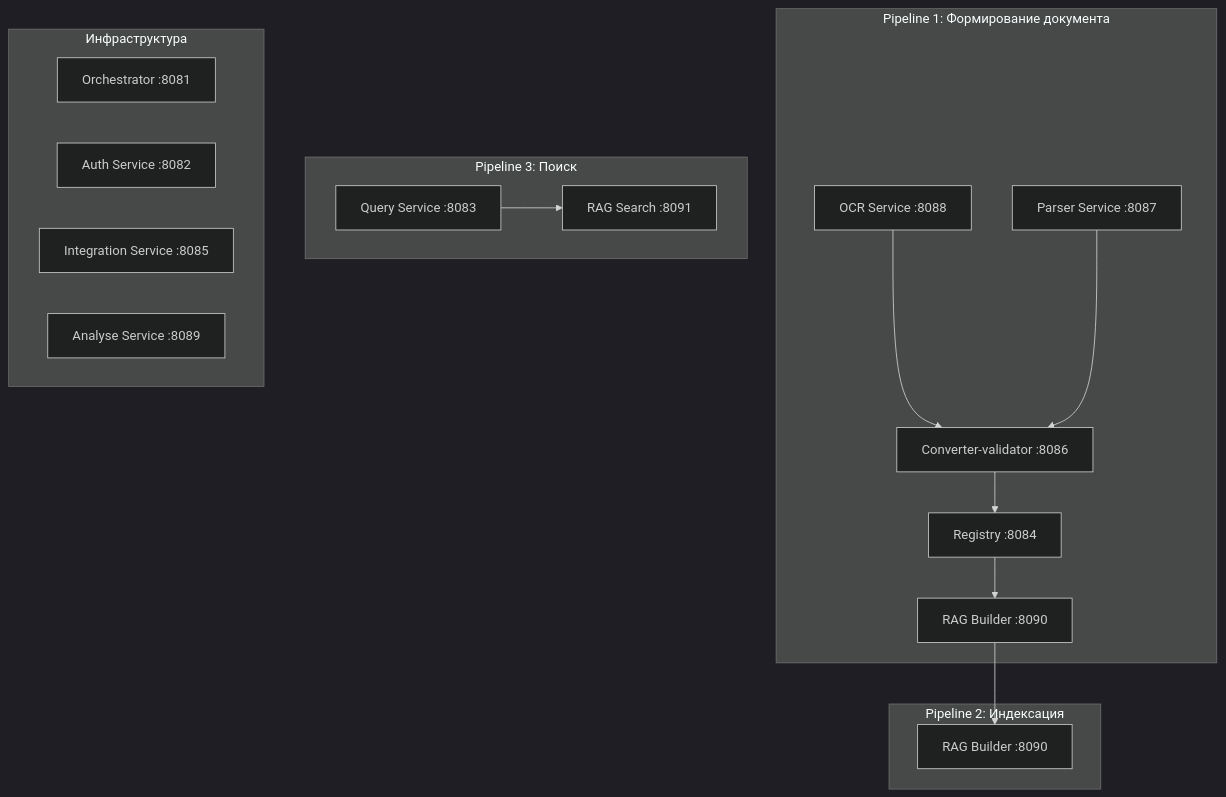
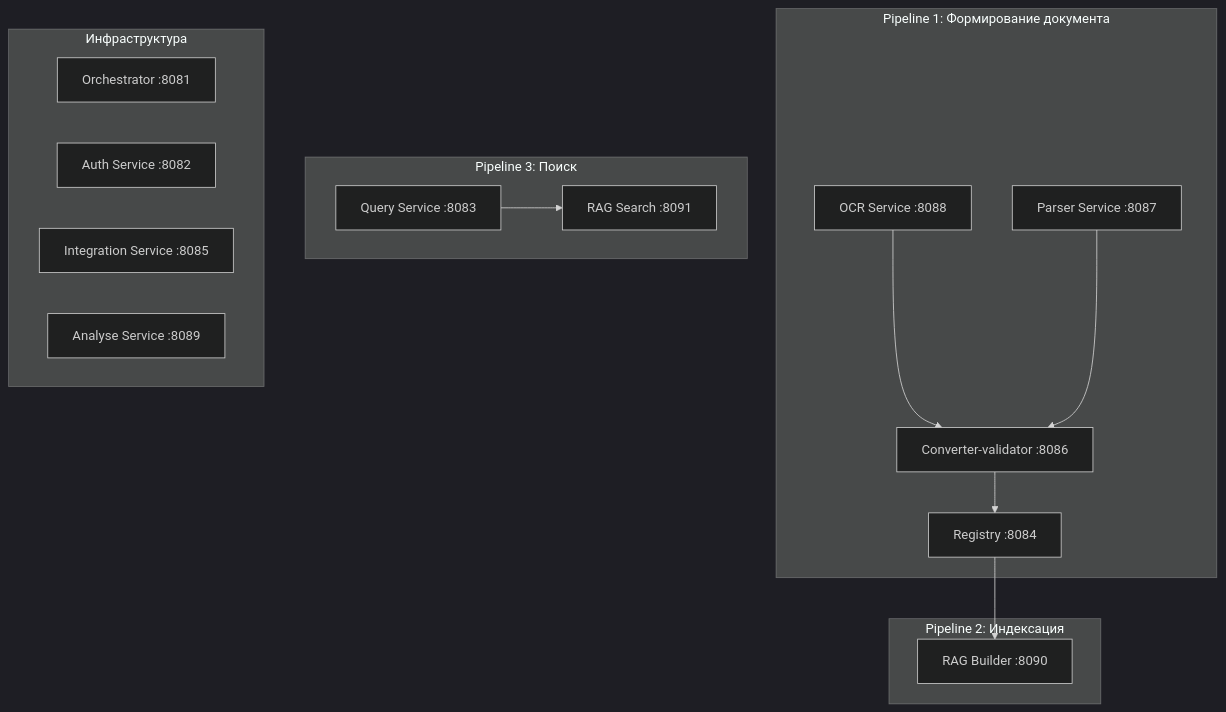
The diagram in docs/schema/diagrams.md (MasterKSAF/PKB), drawn with Mermaid (dark theme) before and after one commit. The commit also changed other lines of this file and 30 other files, not shown here.

````diff
--- a/docs/schema/diagrams.md
+++ b/docs/schema/diagrams.md
@@ -387,33 +386,32 @@
 ```mermaid
 flowchart TD
     subgraph Pipeline1_Formation[Pipeline 1: Формирование документа]
         OCR[OCR Service :8088]
         Parser[Parser Service :8087]
         CV[Converter-validator :8086]
         Registry[Registry :8084]
-        RAGB[RAG Builder :8090]
+        %% D57: RAG Builder перенесён в Pipeline 2 (устранён дубль)
     end
 
     subgraph Pipeline2_Indexation[Pipeline 2: Индексация]
         RAGI[RAG Builder :8090]
     end
 
     subgraph Pipeline3_Search[Pipeline 3: Поиск]
         RAGS[RAG Search :8091]
         QS[Query Service :8083]
     end
 
     subgraph Infra[Инфраструктура]
         Orch[Orchestrator :8081]
         Auth[Auth Service :8082]
         Integ[Integration Service :8085]
         Analyse[Analyse Service :8089]
     end
 
     OCR --> CV
     Parser --> CV
     CV --> Registry
-    Registry --> RAGB
-    RAGB --> RAGI
+    Registry --> RAGI
     QS --> RAGS
 ```
````
